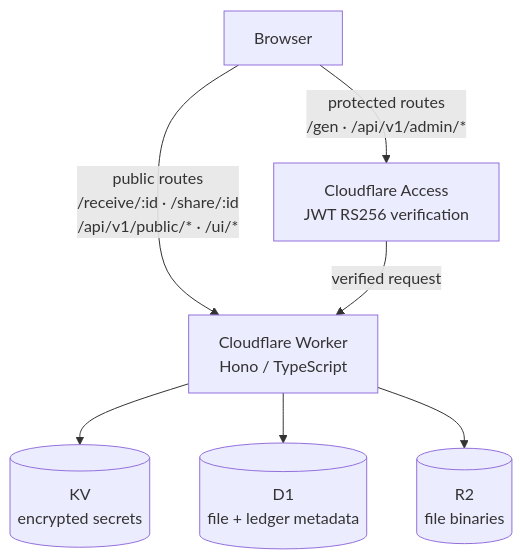
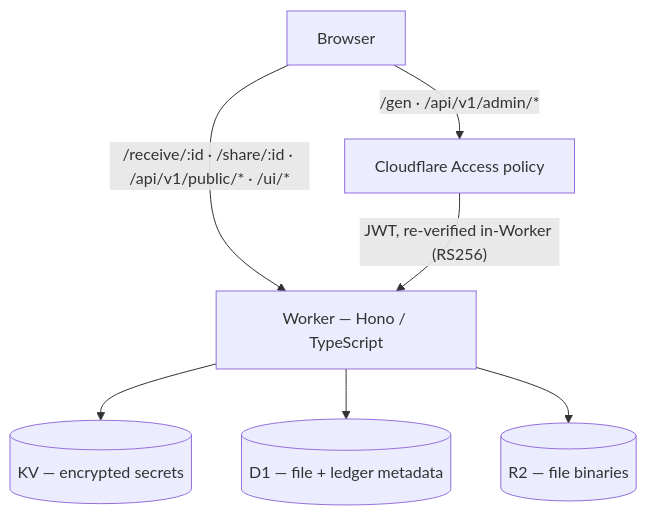
The second of 2 diagrams in README.md (maciekaz/Edge-Secrets), drawn with Mermaid before and after one commit. The commit also changed 3 other files, not shown here.

First line of the commit message:
docs: fix mermaid label rendering, normalise example hostnames

````diff
--- a/README.md
+++ b/README.md
@@ -111,11 +111,11 @@
 ```mermaid
 flowchart TD
-    Browser -->|"protected routes<br/>/gen · /api/v1/admin/*"| CFA["Cloudflare Access<br/>JWT RS256 verification"]
-    Browser -->|"public routes<br/>/receive/:id · /share/:id<br/>/api/v1/public/* · /ui/*"| Worker
+    Browser -->|"/gen · /api/v1/admin/*"| CFA["Cloudflare Access policy"]
+    Browser -->|"/receive/:id · /share/:id · /api/v1/public/* · /ui/*"| Worker
 
-    CFA -->|verified request| Worker["Cloudflare Worker<br/>Hono / TypeScript"]
+    CFA -->|"JWT, re-verified in-Worker (RS256)"| Worker["Worker — Hono / TypeScript"]
 
-    Worker --> KV[("KV<br/>encrypted secrets")]
-    Worker --> D1[("D1<br/>file + ledger metadata")]
-    Worker --> R2[("R2<br/>file binaries")]
+    Worker --> KV[("KV — encrypted secrets")]
+    Worker --> D1[("D1 — file + ledger metadata")]
+    Worker --> R2[("R2 — file binaries")]
 ```
````
